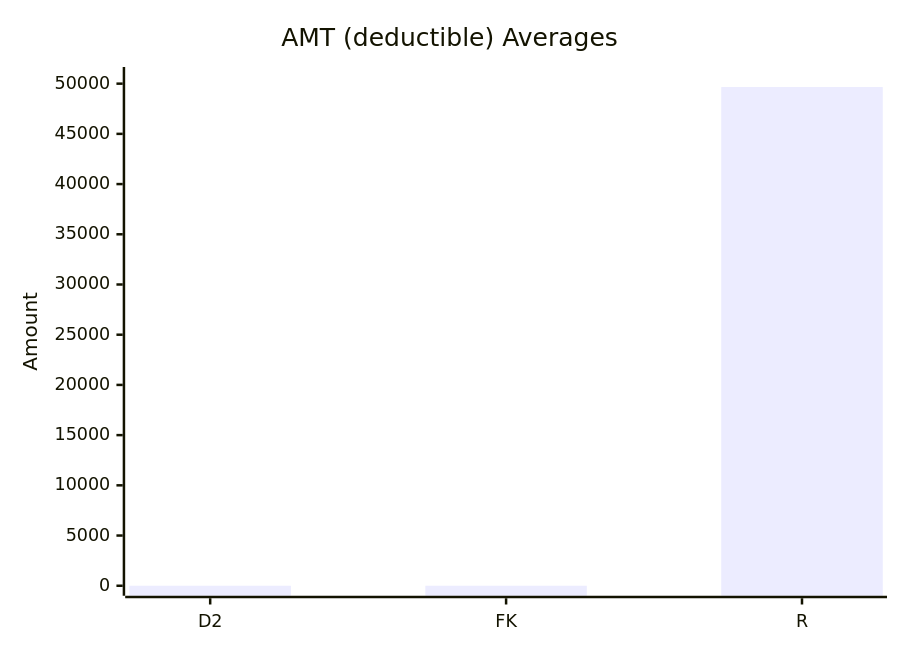
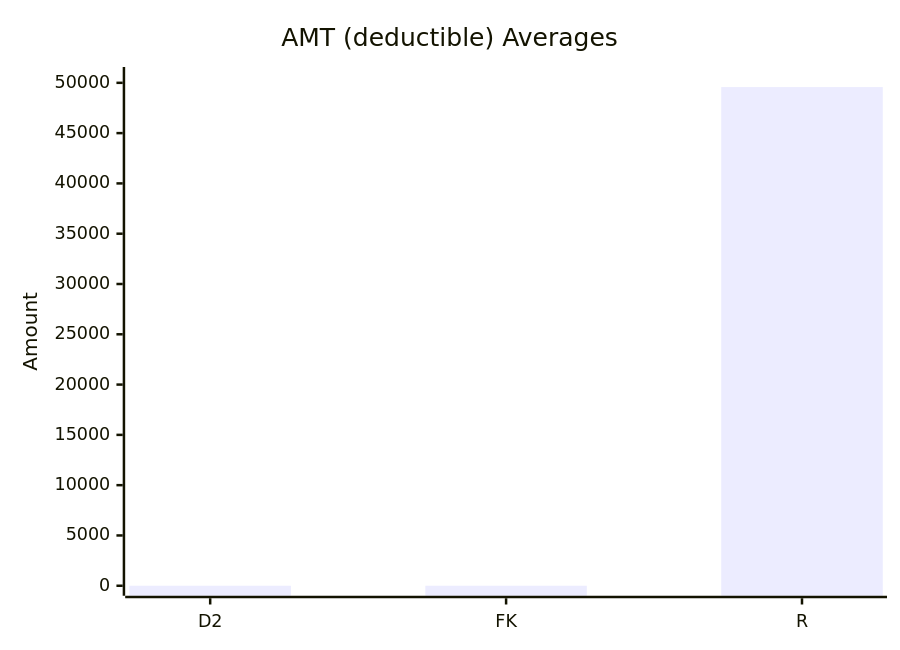
One commit to dhagan-va/intern-2025 changed the tenth of 11 diagrams in test-tools/DataGen/src/Statistics_Visualizer.md. Above: the diagram before and after it, drawn with Mermaid. The commit also changed other lines of this file and 1 other file, not shown here.

````diff
--- a/test-tools/DataGen/src/Statistics_Visualizer.md
+++ b/test-tools/DataGen/src/Statistics_Visualizer.md
@@ -108,7 +108,7 @@
 ```mermaid
 xychart-beta
     title "AMT (deductible) Averages"
     x-axis ["D2", "FK", "R"]
-    y-axis "Amount" 0 --> 50662.80935245603
-    bar [0.0, 0.0, 49662.80935245603]
+    y-axis "Amount" 0 --> 50579.01500000001
+    bar [0.0, 0.0, 49579.01500000001]
 ```
````
